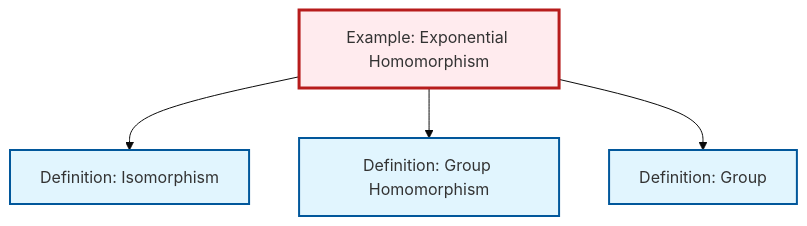
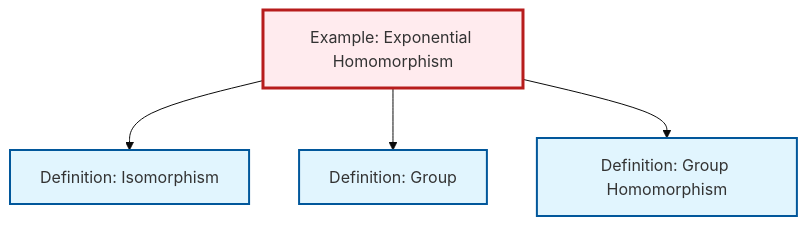
The diagram in content/en/algebra/ex-exponential-homomorphism.qmd (RK0429/ModernMath), drawn with Mermaid (base theme) before and after one commit. The commit also changed other lines of this file and 672 other files, not shown here.

````diff
--- a/content/en/algebra/ex-exponential-homomorphism.qmd
+++ b/content/en/algebra/ex-exponential-homomorphism.qmd
@@ -45,20 +45,20 @@
 ```{mermaid}
 %%| fig-cap: "Local dependency graph"
 graph TD
     classDef definition fill:#e1f5fe,stroke:#01579b,stroke-width:2px
     classDef theorem fill:#f3e5f5,stroke:#4a148c,stroke-width:2px
     classDef axiom fill:#fff3e0,stroke:#e65100,stroke-width:2px
     classDef example fill:#e8f5e9,stroke:#1b5e20,stroke-width:2px
     classDef current fill:#ffebee,stroke:#b71c1c,stroke-width:3px
+    ex-exponential-homomorphism["Example: Exponential Homomorphism"]:::example
     def-homomorphism["Definition: Group Homomorphism"]:::definition
-    ex-exponential-homomorphism["Example: Exponential Homomorphism"]:::example
     def-group["Definition: Group"]:::definition
     def-isomorphism["Definition: Isomorphism"]:::definition
     ex-exponential-homomorphism --> def-isomorphism
+    ex-exponential-homomorphism --> def-group
     ex-exponential-homomorphism --> def-homomorphism
-    ex-exponential-homomorphism --> def-group
     class ex-exponential-homomorphism current
     click def-homomorphism "def-homomorphism.html" "Go to Group Homomorphism definition"
     click def-group "def-group.html" "Go to Group definition"
     click def-isomorphism "def-isomorphism.html" "Go to Isomorphism definition"
 ```
````
